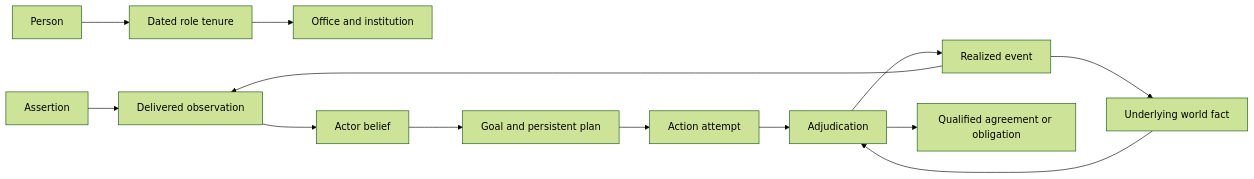
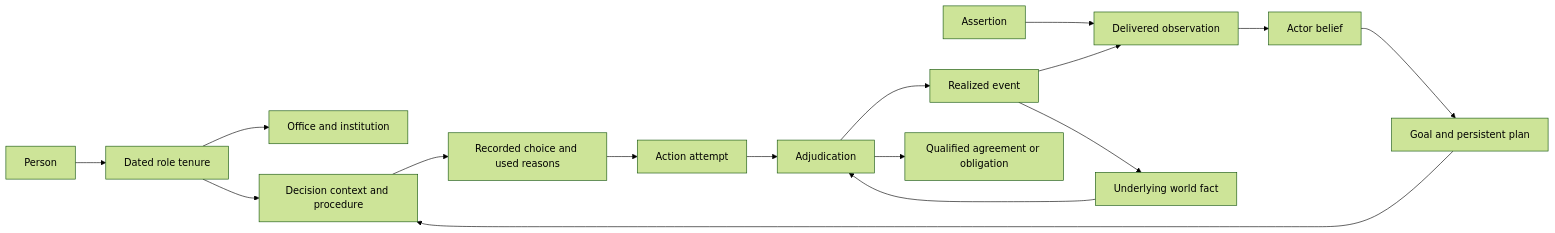
The diagram in docs/timeline-lab/ontology.md (c-voelkle/pacifica), drawn with Mermaid (forest theme) before and after one commit. The commit also changed other lines of this file and 7 other files, not shown here.

Commit message:
docs: specify Timeline Lab v0.7 decision semantics and plot discovery

````diff
--- a/docs/timeline-lab/ontology.md
+++ b/docs/timeline-lab/ontology.md
@@ -192,15 +270,18 @@
 ```mermaid
 flowchart LR
     Person["Person"] --> Role["Dated role tenure"]
     Role --> Institution["Office and institution"]
     Claim["Assertion"] --> Obs["Delivered observation"]
     Obs --> Belief["Actor belief"]
     Belief --> Plan["Goal and persistent plan"]
-    Plan --> Attempt["Action attempt"]
+    Plan --> Context["Decision context and procedure"]
+    Role --> Context
+    Context --> Decision["Recorded choice and used reasons"]
+    Decision --> Attempt["Action attempt"]
     Attempt --> Judge["Adjudication"]
     Fact["Underlying world fact"] --> Judge
     Judge --> Event["Realized event"]
     Event --> Fact
     Event --> Obs
     Judge --> Duty["Qualified agreement or obligation"]
 ```
````
